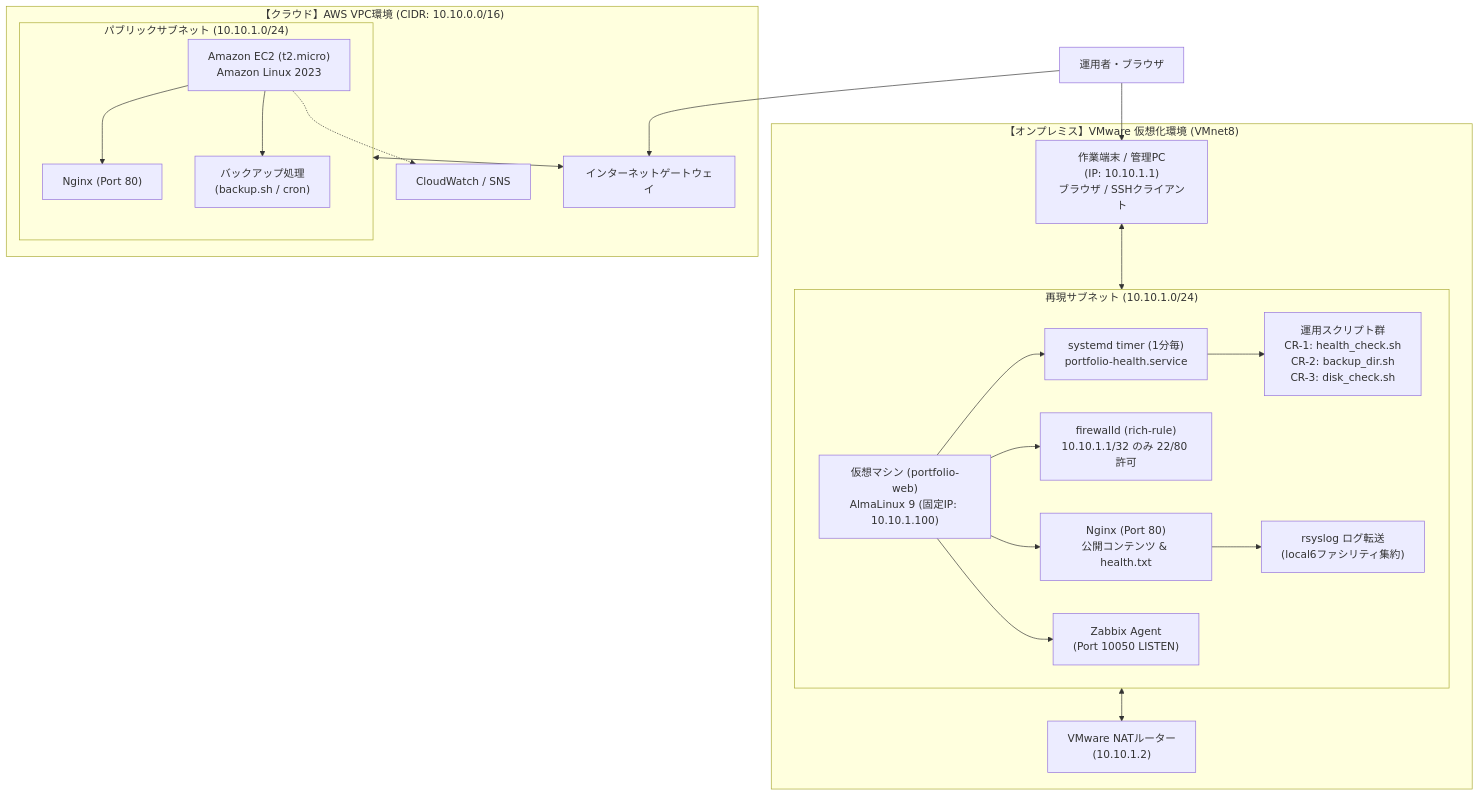
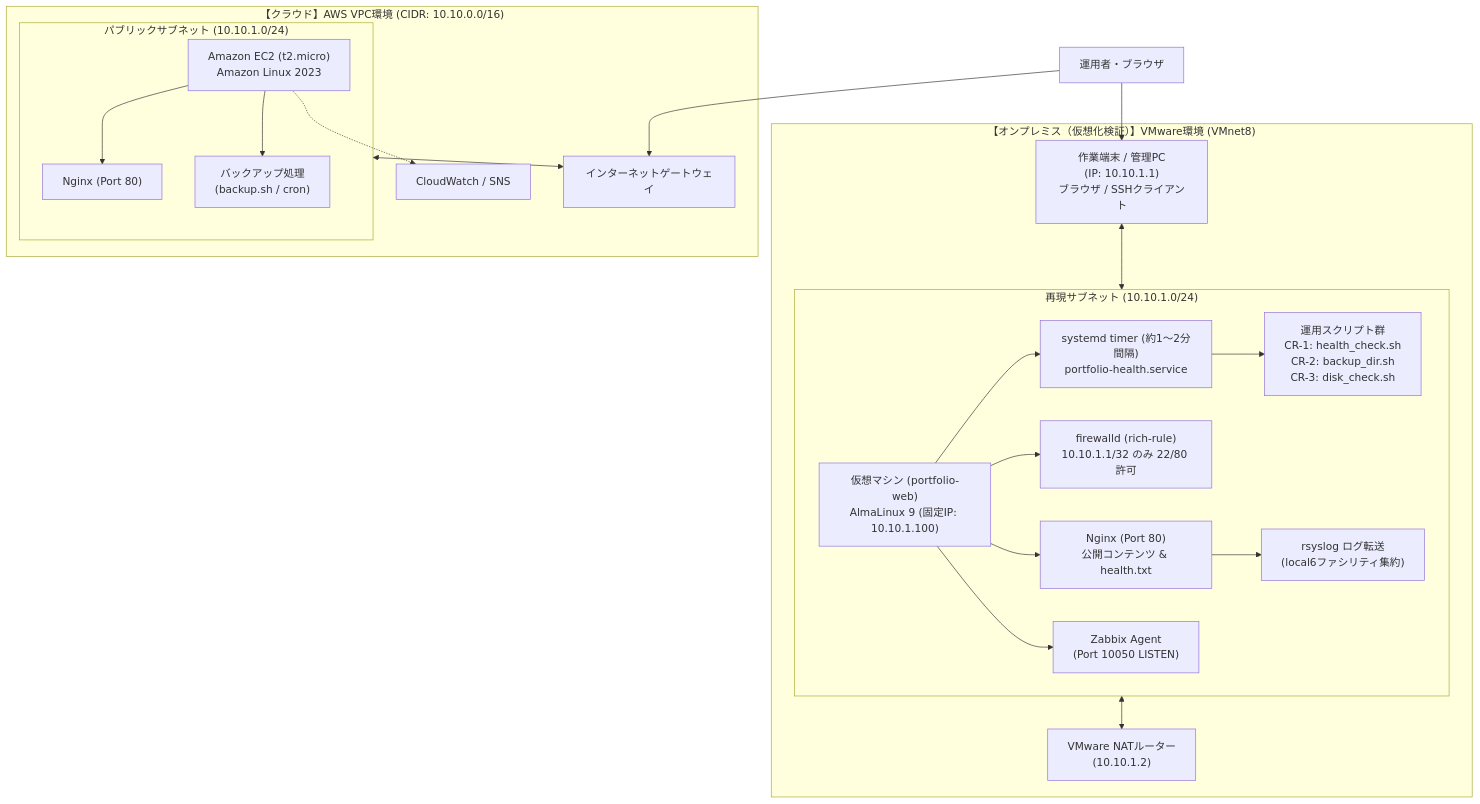
One commit to tsdeportfolio/aws-linux-hybrid-portfolio changed the first of 2 diagrams in README.md. Above: the diagram before and after it, drawn with Mermaid. The commit also changed other lines of this file and 12 other files, not shown here.

````diff
--- a/README.md
+++ b/README.md
@@ -71,43 +89,43 @@
 ```mermaid
 flowchart TD
     subgraph AWS_Cloud ["【クラウド】AWS VPC環境 (CIDR: 10.10.0.0/16)"]
         subgraph AWS_Subnet ["パブリックサブネット (10.10.1.0/24)"]
             EC2["Amazon EC2 (t2.micro)<br>Amazon Linux 2023"]
             Nginx["Nginx (Port 80)"]
             Backup["バックアップ処理<br>(backup.sh / cron)"]
             EC2 --> Nginx
             EC2 --> Backup
         end
         IGW["インターネットゲートウェイ"]
         CW["CloudWatch / SNS"]
         AWS_Subnet <--> IGW
         EC2 -.-> CW
     end
 
-    subgraph On_Premise ["【オンプレミス】VMware 仮想化環境 (VMnet8)"]
+    subgraph On_Premise ["【オンプレミス（仮想化検証）】VMware環境 (VMnet8)"]
         subgraph Local_Subnet ["再現サブネット (10.10.1.0/24)"]
             VM["仮想マシン (portfolio-web)<br>AlmaLinux 9 (固定IP: 10.10.1.100)"]
             Local_Nginx["Nginx (Port 80)<br>公開コンテンツ & health.txt"]
             Firewalld["firewalld (rich-rule)<br>10.10.1.1/32 のみ 22/80 許可"]
-            SystemdTimer["systemd timer (1分毎)<br>portfolio-health.service"]
+            SystemdTimer["systemd timer (約1〜2分間隔)<br>portfolio-health.service"]
             CR_Scripts["運用スクリプト群<br>CR-1: health_check.sh<br>CR-2: backup_dir.sh<br>CR-3: disk_check.sh"]
             ZabbixAgent["Zabbix Agent<br>(Port 10050 LISTEN)"]
             Rsyslog["rsyslog ログ転送<br>(local6ファシリティ集約)"]
             
             VM --> Local_Nginx
             VM --> Firewalld
             VM --> SystemdTimer
             SystemdTimer --> CR_Scripts
             VM --> ZabbixAgent
             Local_Nginx --> Rsyslog
         end
         NAT_GW["VMware NATルーター<br>(10.10.1.2)"]
         HostPC["作業端末 / 管理PC<br>(IP: 10.10.1.1)<br>ブラウザ / SSHクライアント"]
         
         HostPC <--> Local_Subnet
         Local_Subnet <--> NAT_GW
     end
 
     User_Access["運用者・ブラウザ"] --> IGW
     User_Access --> HostPC
 ```
````
